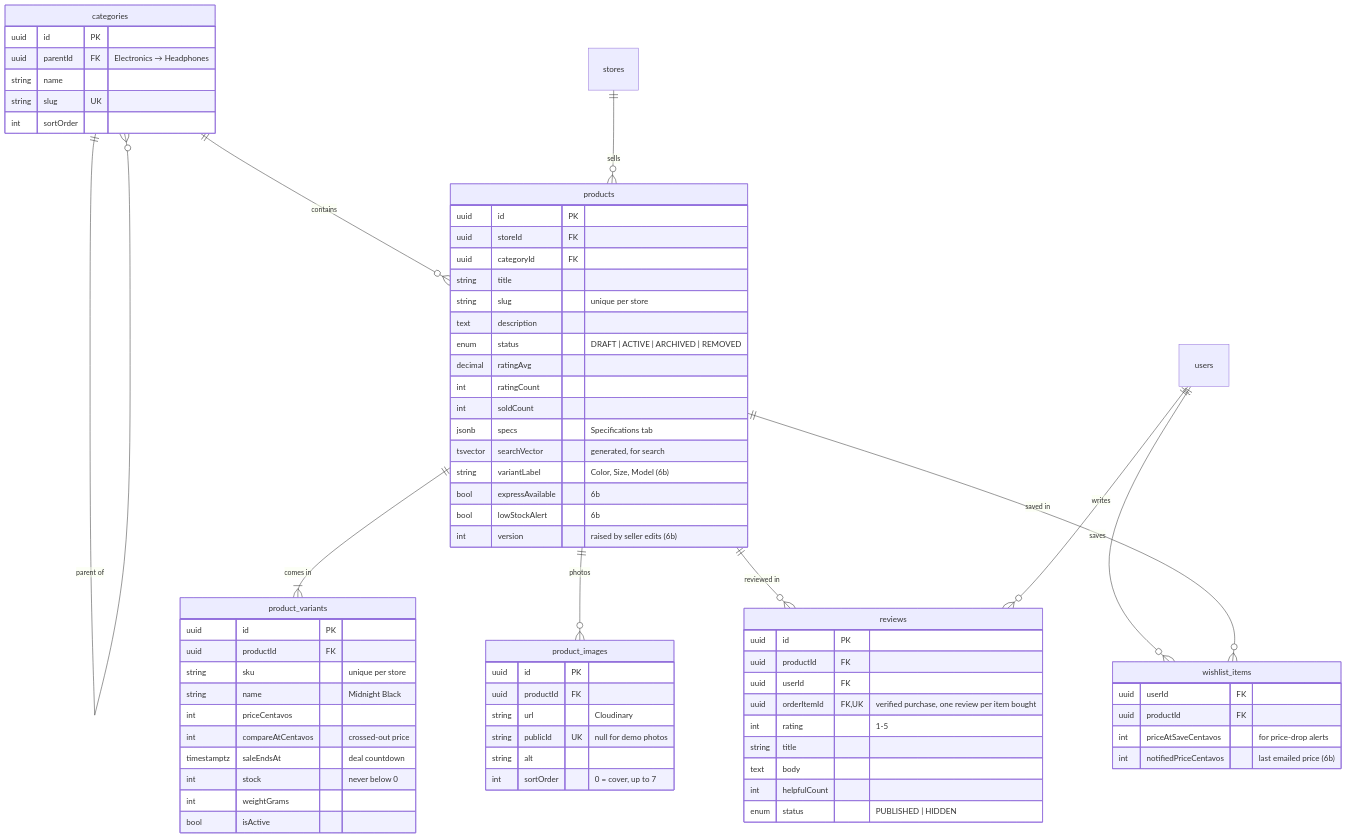
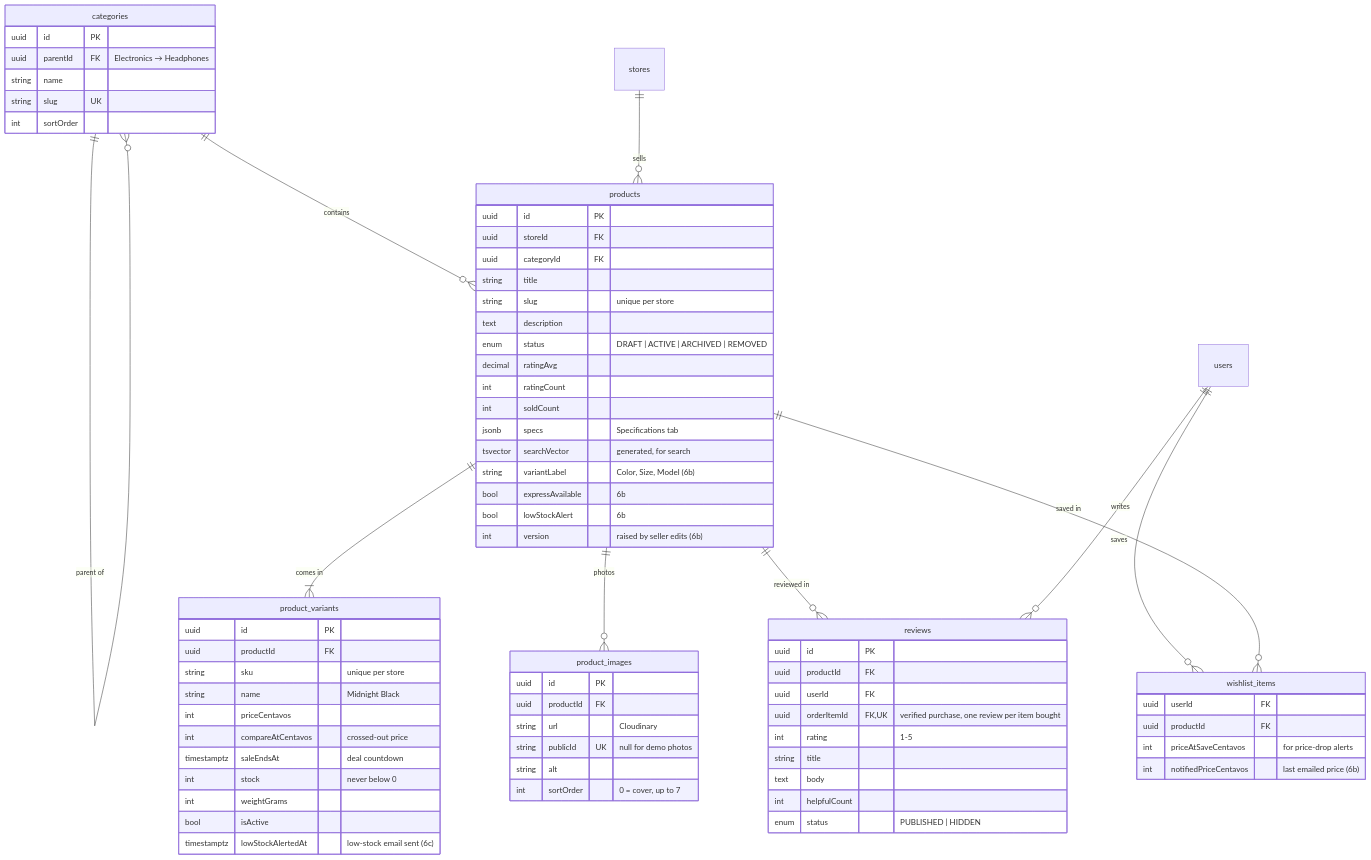
The third of 5 diagrams in backend/docs/database-design.md (Justin-25/E-commerce-FullStack-project), drawn with Mermaid before and after one commit. The commit also changed other lines of this file and 30 other files, not shown here.

````diff
--- a/backend/docs/database-design.md
+++ b/backend/docs/database-design.md
@@ -183,74 +183,75 @@
 ```mermaid
 erDiagram
   categories ||--o{ categories : "parent of"
   categories ||--o{ products : "contains"
   stores ||--o{ products : "sells"
   products ||--|{ product_variants : "comes in"
   products ||--o{ product_images : "photos"
   products ||--o{ reviews : "reviewed in"
   users ||--o{ reviews : "writes"
   users ||--o{ wishlist_items : "saves"
   products ||--o{ wishlist_items : "saved in"
   categories {
     uuid id PK
     uuid parentId FK "Electronics → Headphones"
     string name
     string slug UK
     int sortOrder
   }
   products {
     uuid id PK
     uuid storeId FK
     uuid categoryId FK
     string title
     string slug "unique per store"
     text description
     enum status "DRAFT | ACTIVE | ARCHIVED | REMOVED"
     decimal ratingAvg
     int ratingCount
     int soldCount
     jsonb specs "Specifications tab"
     tsvector searchVector "generated, for search"
     string variantLabel "Color, Size, Model (6b)"
     bool expressAvailable "6b"
     bool lowStockAlert "6b"
     int version "raised by seller edits (6b)"
   }
   product_variants {
     uuid id PK
     uuid productId FK
     string sku "unique per store"
     string name "Midnight Black"
     int priceCentavos
     int compareAtCentavos "crossed-out price"
     timestamptz saleEndsAt "deal countdown"
     int stock "never below 0"
     int weightGrams
     bool isActive
+    timestamptz lowStockAlertedAt "low-stock email sent (6c)"
   }
   product_images {
     uuid id PK
     uuid productId FK
     string url "Cloudinary"
     string publicId UK "null for demo photos"
     string alt
     int sortOrder "0 = cover, up to 7"
   }
   reviews {
     uuid id PK
     uuid productId FK
     uuid userId FK
     uuid orderItemId FK,UK "verified purchase, one review per item bought"
     int rating "1-5"
     string title
     text body
     int helpfulCount
     enum status "PUBLISHED | HIDDEN"
   }
   wishlist_items {
     uuid userId FK
     uuid productId FK
     int priceAtSaveCentavos "for price-drop alerts"
     int notifiedPriceCentavos "last emailed price (6b)"
   }
 ```
````
